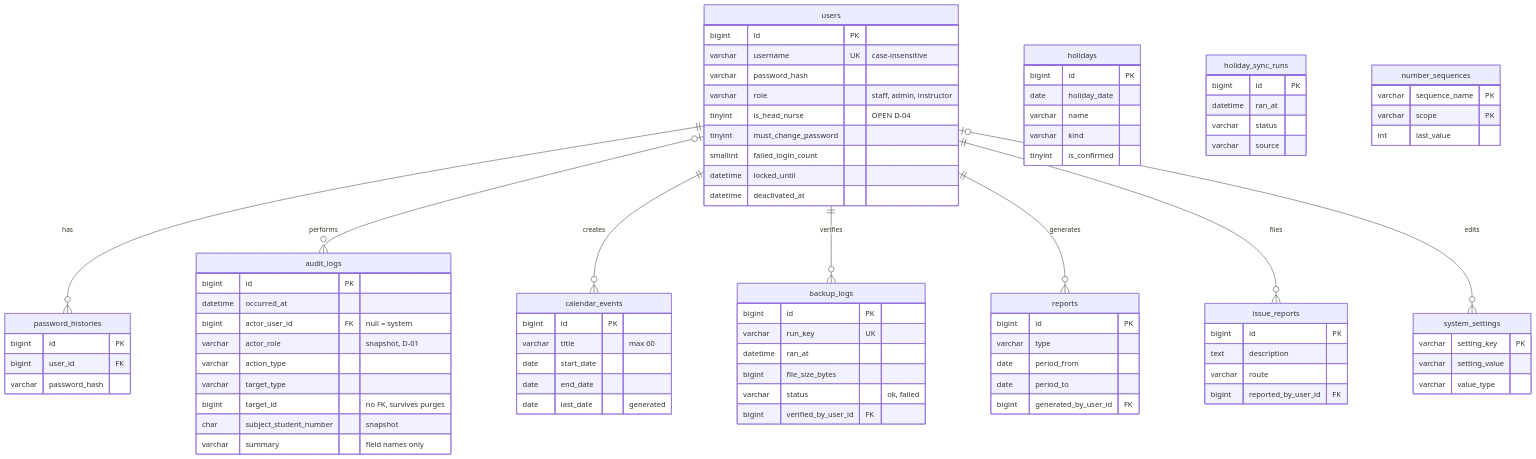
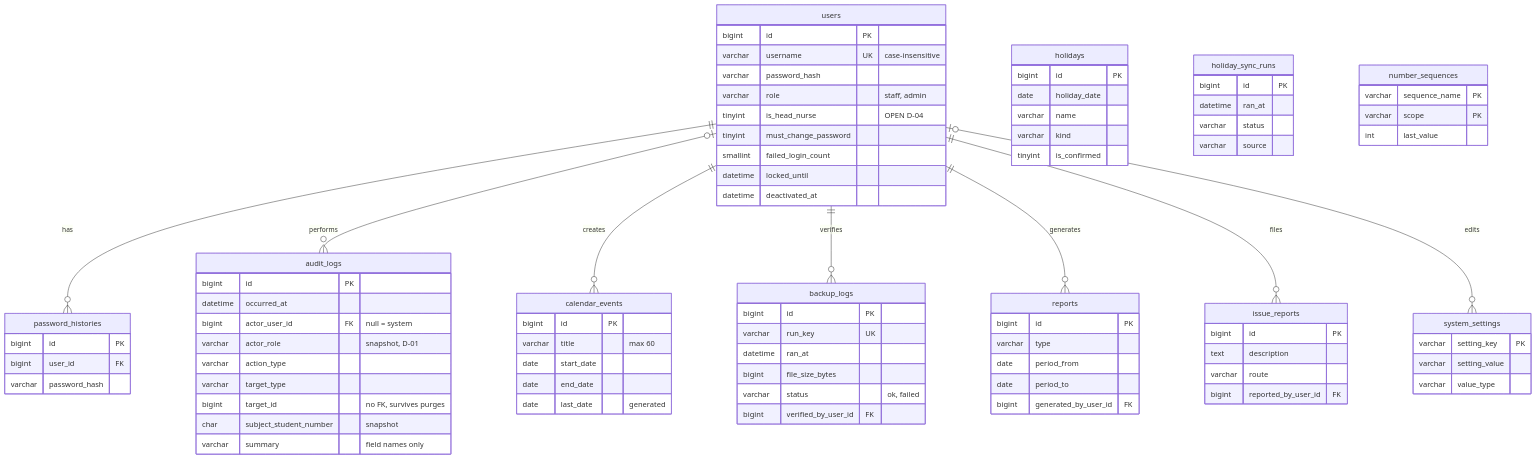
The sixth of 6 diagrams in CLINIQ-Knowledge-Base/02-Architecture/Database/ERD.md (zekuuu/cliniq), drawn with Mermaid before and after one commit. The commit also changed other lines of this file and 2 other files, not shown here.

First line of the commit message:
docs(erd): drop qr_card_issuances and the instructor role

```diff
--- a/CLINIQ-Knowledge-Base/02-Architecture/Database/ERD.md
+++ b/CLINIQ-Knowledge-Base/02-Architecture/Database/ERD.md
@@ -428,7 +420,7 @@
         bigint id PK
         varchar username UK "case-insensitive"
         varchar password_hash
-        varchar role "staff, admin, instructor"
+        varchar role "staff, admin"
         tinyint is_head_nurse "OPEN D-04"
         tinyint must_change_password
         smallint failed_login_count
```
